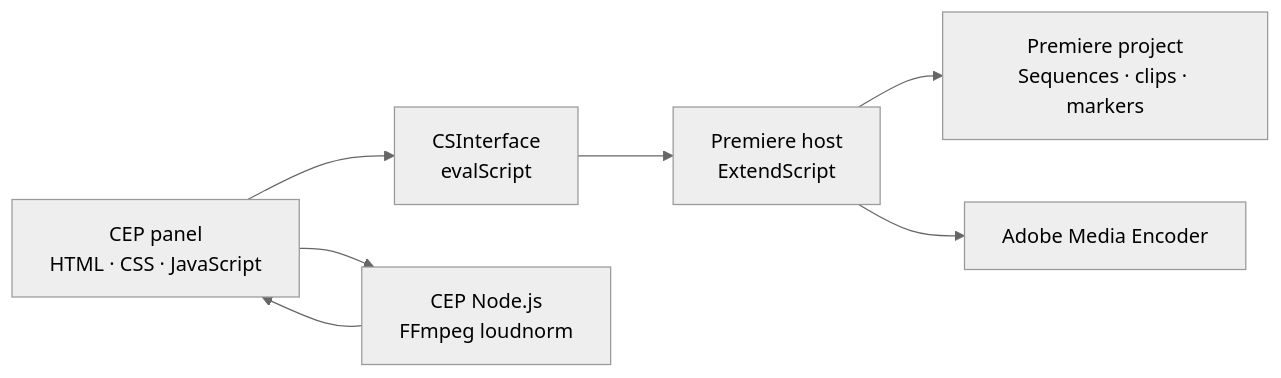
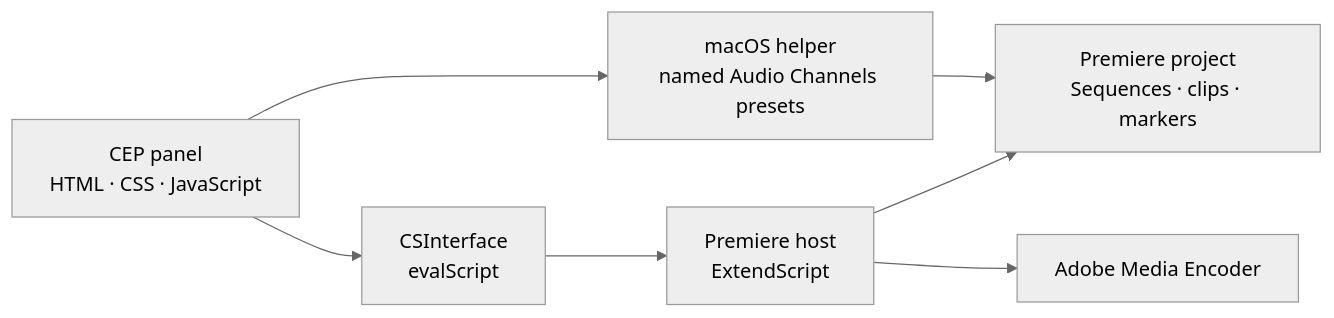
The diagram in README.md (andersaucy/Unscripted-Podcast), drawn with Mermaid (neutral theme) before and after one commit. The commit also changed other lines of this file and 13 other files, not shown here.

````diff
--- a/README.md
+++ b/README.md
@@ -66,15 +68,14 @@
 ```mermaid
 flowchart LR
     UI["CEP panel<br/>HTML · CSS · JavaScript"]
     Bridge["CSInterface<br/>evalScript"]
     Host["Premiere host<br/>ExtendScript"]
-    Node["CEP Node.js<br/>FFmpeg loudnorm"]
+    Presets["macOS helper<br/>named Audio Channels presets"]
     PPro["Premiere project<br/>Sequences · clips · markers"]
     AME["Adobe Media Encoder"]
 
     UI --> Bridge --> Host
-    UI --> Node
+    UI --> Presets --> PPro
     Host --> PPro
     Host --> AME
-    Node --> UI
 ```
````
